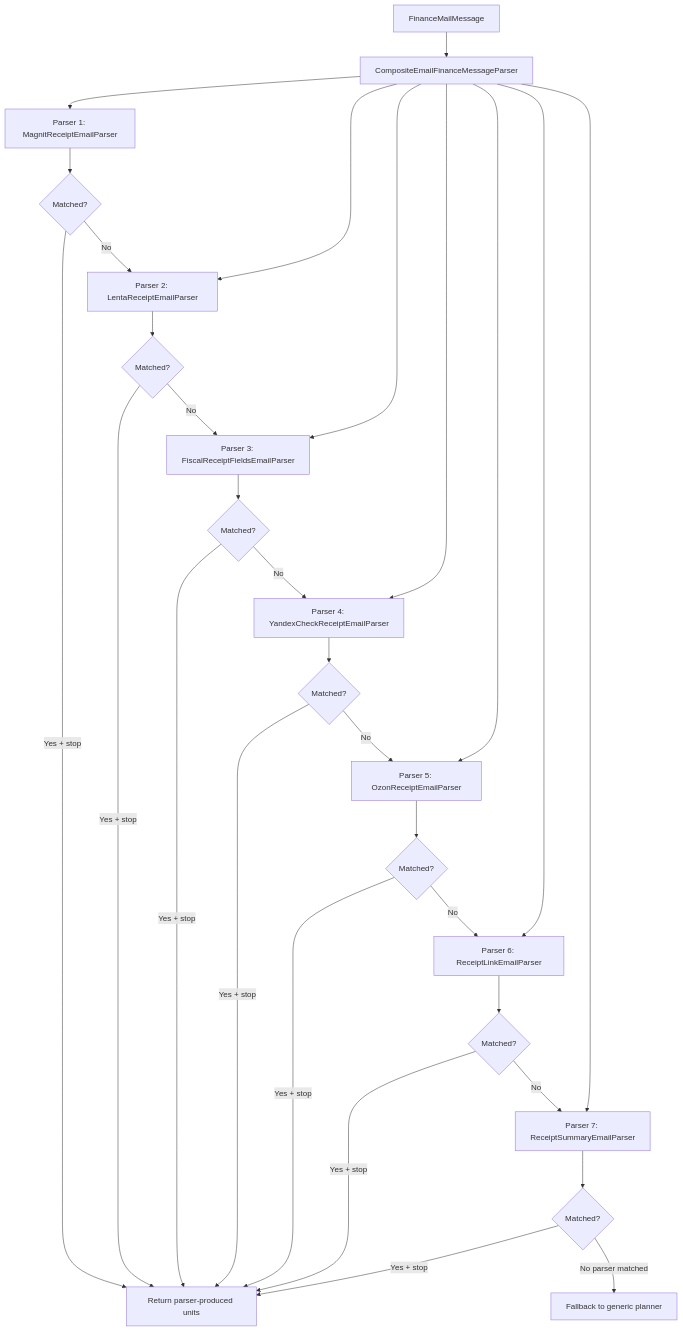
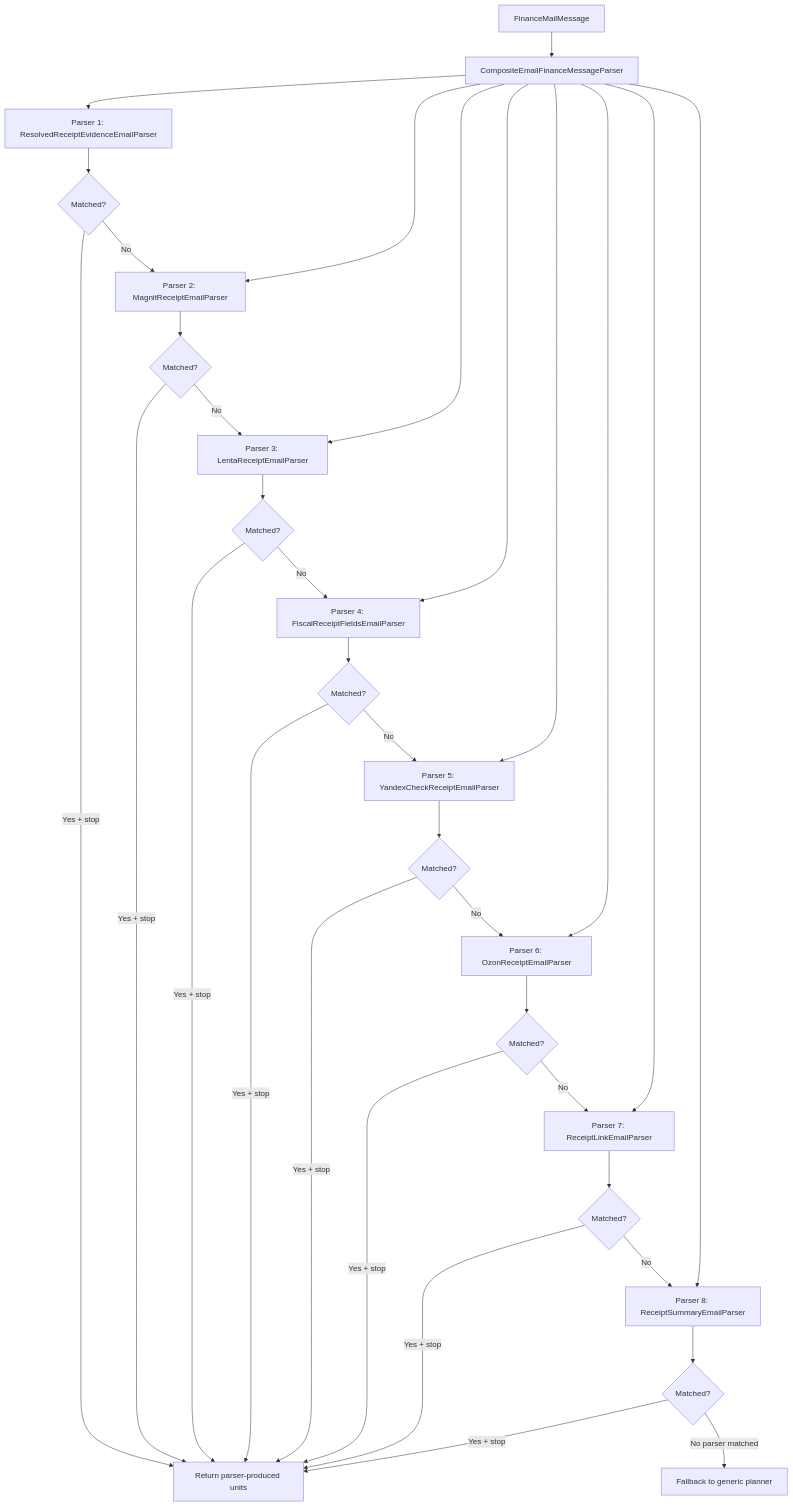
Before and after one commit to Xoanis/obsidian-expense-manager: the seventh of 15 diagrams in docs/email-finance-intake-architecture.md, drawn with Mermaid. The commit also changed other lines of this file and 5 other files, not shown here.

Commit message:
feat: add common parser (ResolvedReceiptEvidenceEmailParser)

````diff
--- a/docs/email-finance-intake-architecture.md
+++ b/docs/email-finance-intake-architecture.md
@@ -208,32 +208,36 @@
 ```mermaid
 flowchart TD
     A["FinanceMailMessage"] --> B["CompositeEmailFinanceMessageParser"]
-    B --> C1["Parser 1: MagnitReceiptEmailParser"]
-    B --> C2["Parser 2: LentaReceiptEmailParser"]
-    B --> C3["Parser 3: FiscalReceiptFieldsEmailParser"]
-    B --> C4["Parser 4: YandexCheckReceiptEmailParser"]
-    B --> C5["Parser 5: OzonReceiptEmailParser"]
-    B --> C6["Parser 6: ReceiptLinkEmailParser"]
-    B --> C7["Parser 7: ReceiptSummaryEmailParser"]
+    B --> C1["Parser 1: ResolvedReceiptEvidenceEmailParser"]
+    B --> C2["Parser 2: MagnitReceiptEmailParser"]
+    B --> C3["Parser 3: LentaReceiptEmailParser"]
+    B --> C4["Parser 4: FiscalReceiptFieldsEmailParser"]
+    B --> C5["Parser 5: YandexCheckReceiptEmailParser"]
+    B --> C6["Parser 6: OzonReceiptEmailParser"]
+    B --> C7["Parser 7: ReceiptLinkEmailParser"]
+    B --> C8["Parser 8: ReceiptSummaryEmailParser"]
     C1 --> M1{"Matched?"}
     M1 -->|"Yes + stop"| R["Return parser-produced units"]
     M1 -->|"No"| C2
     C2 --> M2{"Matched?"}
     M2 -->|"Yes + stop"| R
     M2 -->|"No"| C3
     C3 --> M3{"Matched?"}
     M3 -->|"Yes + stop"| R
     M3 -->|"No"| C4
     C4 --> M4{"Matched?"}
     M4 -->|"Yes + stop"| R
     M4 -->|"No"| C5
     C5 --> M5{"Matched?"}
     M5 -->|"Yes + stop"| R
     M5 -->|"No"| C6
     C6 --> M6{"Matched?"}
     M6 -->|"Yes + stop"| R
     M6 -->|"No"| C7
     C7 --> M7{"Matched?"}
     M7 -->|"Yes + stop"| R
-    M7 -->|"No parser matched"| F["Fallback to generic planner"]
+    M7 -->|"No"| C8
+    C8 --> M8{"Matched?"}
+    M8 -->|"Yes + stop"| R
+    M8 -->|"No parser matched"| F["Fallback to generic planner"]
 ```
````
